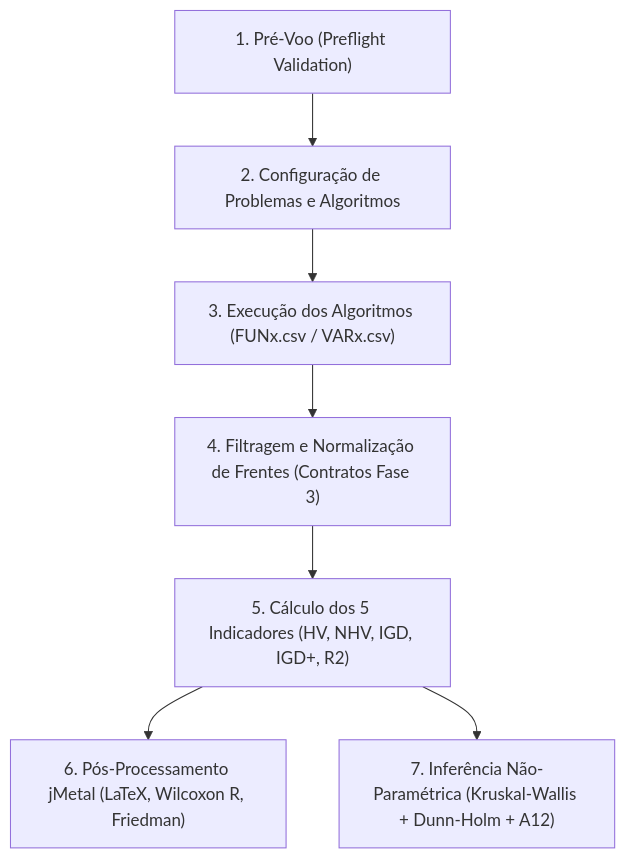
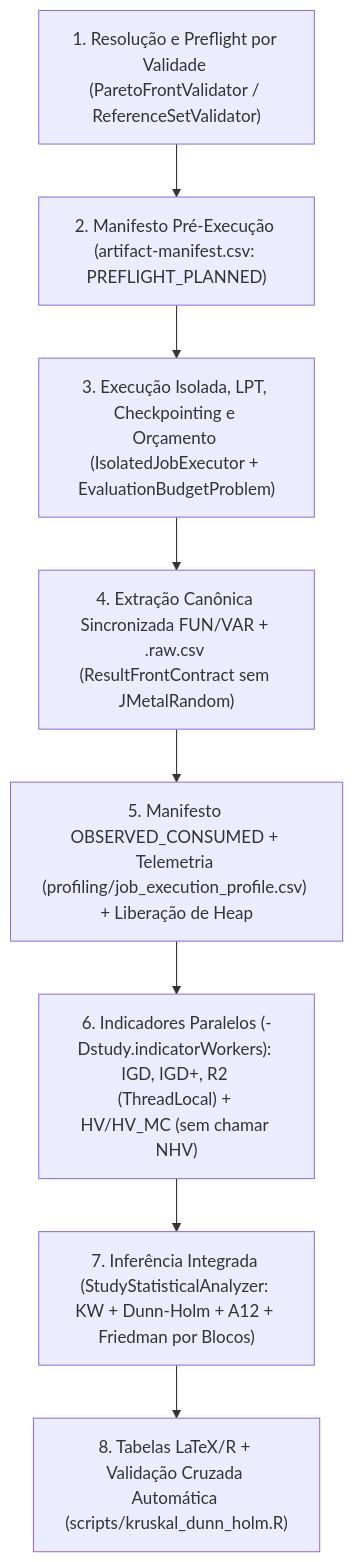
The diagram in docs/pipeline-pos_processamento.md (vyctor922/HyperMOEA), drawn with Mermaid before and after one commit. The commit also changed other lines of this file and 41 other files, not shown here.

````diff
--- a/docs/pipeline-pos_processamento.md
+++ b/docs/pipeline-pos_processamento.md
@@ -25,9 +20,10 @@
 ```mermaid
 flowchart TD
-    A["1. Pré-Voo (Preflight Validation)"] --> B["2. Configuração de Problemas e Algoritmos"]
-    B --> C["3. Execução dos Algoritmos (FUNx.csv / VARx.csv)"]
-    C --> D["4. Filtragem e Normalização de Frentes (Contratos Fase 3)"]
-    D --> E["5. Cálculo dos 5 Indicadores (HV, NHV, IGD, IGD+, R2)"]
-    E --> F["6. Pós-Processamento jMetal (LaTeX, Wilcoxon R, Friedman)"]
-    E --> G["7. Inferência Não-Paramétrica (Kruskal-Wallis + Dunn-Holm + A12)"]
+    A["1. Resolução e Preflight por Validade (ParetoFrontValidator / ReferenceSetValidator)"] --> B["2. Manifesto Pré-Execução (artifact-manifest.csv: PREFLIGHT_PLANNED)"]
+    B --> C["3. Execução Isolada, LPT, Checkpointing e Orçamento (IsolatedJobExecutor + EvaluationBudgetProblem)"]
+    C --> D["4. Extração Canônica Sincronizada FUN/VAR + .raw.csv (ResultFrontContract sem JMetalRandom)"]
+    D --> E["5. Manifesto OBSERVED_CONSUMED + Telemetria (profiling/job_execution_profile.csv) + Liberação de Heap"]
+    E --> F["6. Indicadores Paralelos (-Dstudy.indicatorWorkers): IGD, IGD+, R2 (ThreadLocal) + HV/HV_MC (sem chamar NHV)"]
+    F --> G["7. Inferência Integrada (StudyStatisticalAnalyzer: KW + Dunn-Holm + A12 + Friedman por Blocos)"]
+    G --> H["8. Tabelas LaTeX/R + Validação Cruzada Automática (scripts/kruskal_dunn_holm.R)"]
 ```
````
